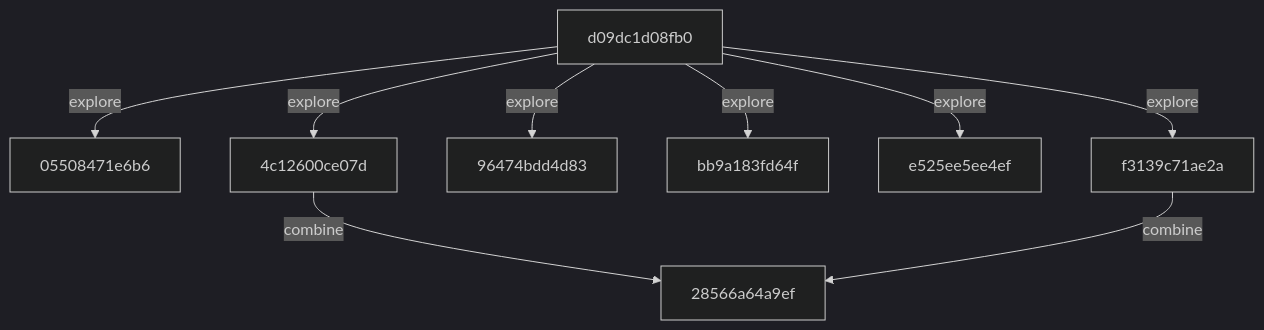
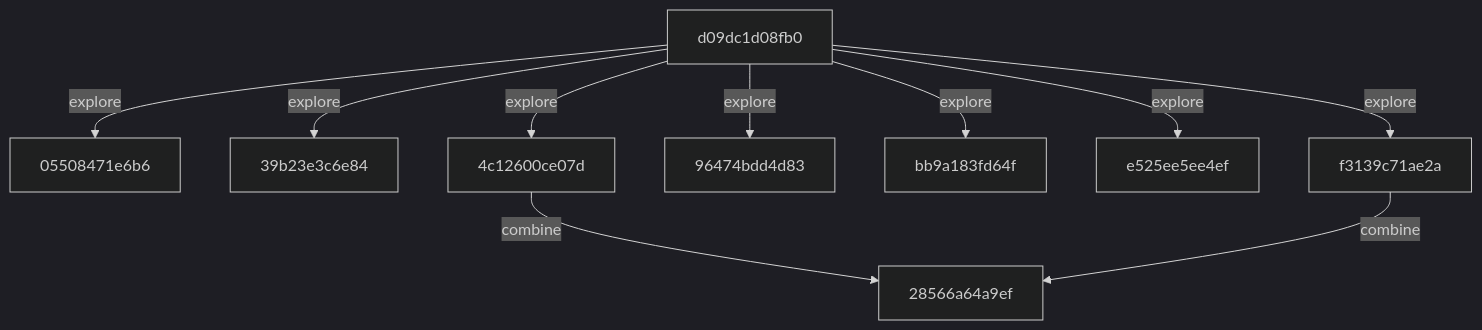
Before and after one commit to timbtz/feyer-search-lab: the diagram in README.md, drawn with Mermaid (dark theme). The commit also changed other lines of this file and 1 other file, not shown here.

Commit message:
research: timbtz

````diff
--- a/README.md
+++ b/README.md
@@ -23,19 +23,21 @@
 ```mermaid
 graph TD
   c0["05508471e6b6"]
   c1["28566a64a9ef"]
-  c2["4c12600ce07d"]
-  c3["96474bdd4d83"]
-  c4["bb9a183fd64f"]
-  c5["d09dc1d08fb0"]
-  c6["e525ee5ee4ef"]
-  c7["f3139c71ae2a"]
-  c2 -->|combine| c1
-  c5 -->|explore| c0
-  c5 -->|explore| c2
-  c5 -->|explore| c3
-  c5 -->|explore| c4
-  c5 -->|explore| c6
-  c5 -->|explore| c7
-  c7 -->|combine| c1
+  c2["39b23e3c6e84"]
+  c3["4c12600ce07d"]
+  c4["96474bdd4d83"]
+  c5["bb9a183fd64f"]
+  c6["d09dc1d08fb0"]
+  c7["e525ee5ee4ef"]
+  c8["f3139c71ae2a"]
+  c3 -->|combine| c1
+  c6 -->|explore| c0
+  c6 -->|explore| c2
+  c6 -->|explore| c3
+  c6 -->|explore| c4
+  c6 -->|explore| c5
+  c6 -->|explore| c7
+  c6 -->|explore| c8
+  c8 -->|combine| c1
 ```
````
